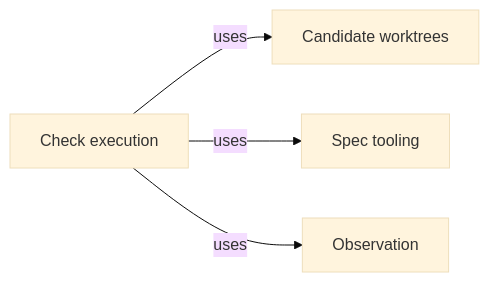
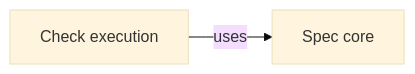
One commit to FTOD/concorde changed the second of 2 diagrams in specs/concorde/harness/checks/module.md. Above: the diagram before and after it, drawn with Mermaid (base theme). The commit also changed other lines of this file and 666 other files, not shown here.

````diff
--- a/specs/concorde/harness/checks/module.md
+++ b/specs/concorde/harness/checks/module.md
@@ -138,12 +117,8 @@
 ```mermaid
 flowchart LR
-    accTitle: Check execution and its providers
-    accDescr: The Modules whose promises Check execution relies on.
+    accTitle: Check execution and its provider
+    accDescr: Check execution uses the Spec core.
     me[Check execution]
-    worktrees[Candidate worktrees]
-    spec[Spec tooling]
-    observation[Observation]
-    me -->|uses| worktrees
+    spec[Spec core]
     me -->|uses| spec
-    me -->|uses| observation
 ```
````
